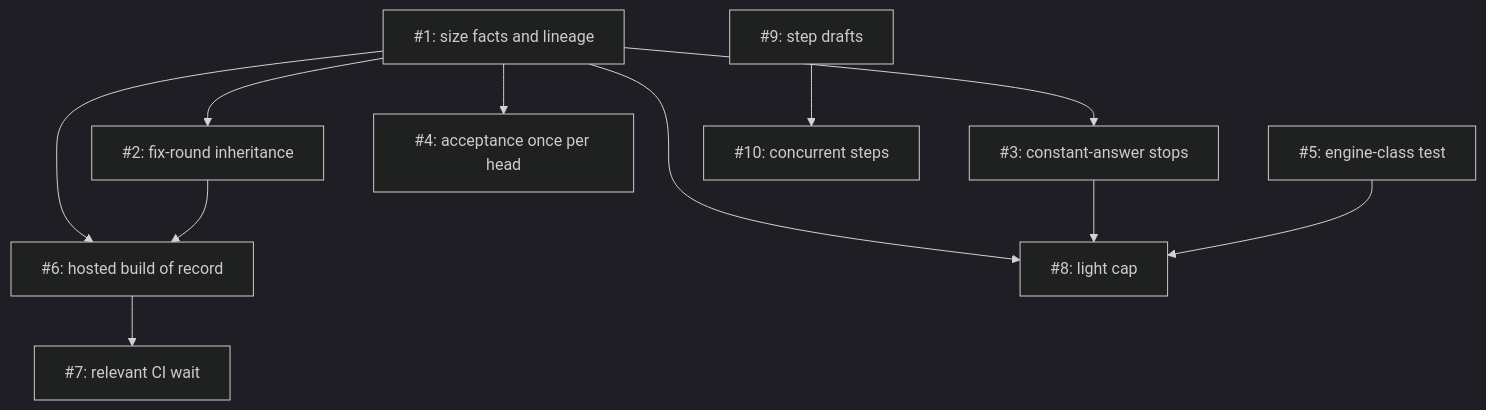
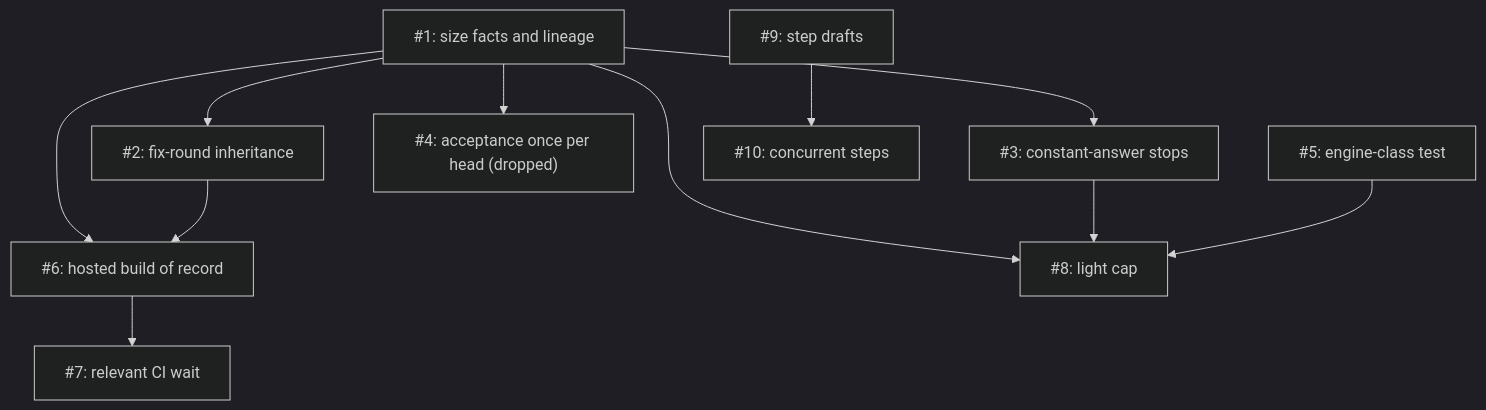
One commit to tsukumogami/shirabe changed the diagram in docs/plans/PLAN-lighter-work-on-runs.md. Above: the diagram before and after it, drawn with Mermaid (dark theme). The commit also changed other lines of this file, not shown here.

````diff
--- a/docs/plans/PLAN-lighter-work-on-runs.md
+++ b/docs/plans/PLAN-lighter-work-on-runs.md
@@ -520,23 +535,23 @@
 ```mermaid
 graph TD
     I1["#1: size facts and lineage"]
     I2["#2: fix-round inheritance"]
     I3["#3: constant-answer stops"]
-    I4["#4: acceptance once per head"]
+    I4["#4: acceptance once per head (dropped)"]
     I5["#5: engine-class test"]
     I6["#6: hosted build of record"]
     I7["#7: relevant CI wait"]
     I8["#8: light cap"]
     I9["#9: step drafts"]
     I10["#10: concurrent steps"]
     I1 --> I2
     I1 --> I3
     I1 --> I4
     I1 --> I6
     I2 --> I6
     I6 --> I7
     I1 --> I8
     I3 --> I8
     I5 --> I8
     I9 --> I10
 ```
````
